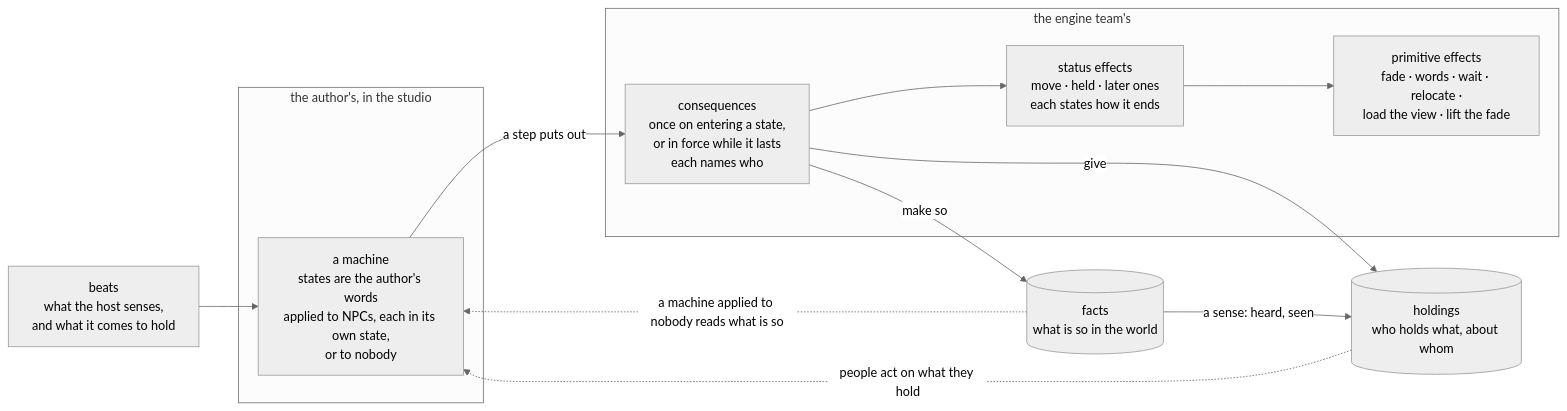
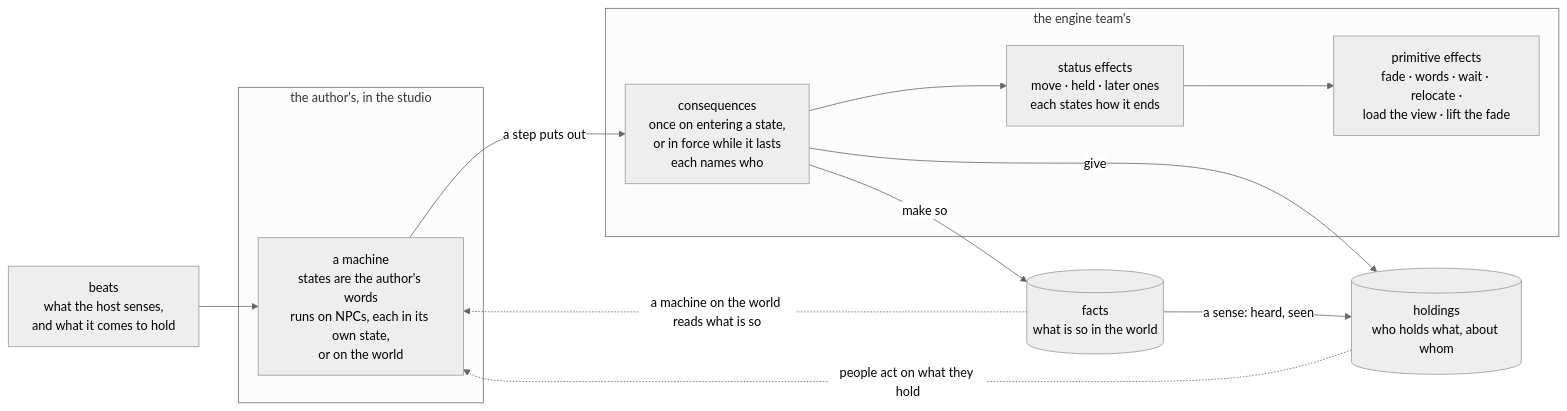
The diagram in ideas/composable-pieces/design.md (KirkDiggler/rpg-project), drawn with Mermaid (neutral theme) before and after one commit. The commit also changed other lines of this file and 1 other file, not shown here.

First line of the commit message:
ideas(composable-pieces): R17 — machines run on NPCs or on the world

````diff
--- a/ideas/composable-pieces/design.md
+++ b/ideas/composable-pieces/design.md
@@ -11,17 +11,17 @@
 ```mermaid
 flowchart LR
     Beats[beats<br/>what the host senses,<br/>and what it comes to hold] --> Machine
     subgraph author [the author's, in the studio]
-        Machine[a machine<br/>states are the author's words<br/>applied to NPCs, each in its own state,<br/>or to nobody]
+        Machine[a machine<br/>states are the author's words<br/>runs on NPCs, each in its own state,<br/>or on the world]
     end
     Machine -->|a step puts out| Cons[consequences<br/>once on entering a state,<br/>or in force while it lasts<br/>each names who]
     subgraph engine [the engine team's]
         Cons --> Status[status effects<br/>move · held · later ones<br/>each states how it ends]
         Status --> Prim[primitive effects<br/>fade · words · wait · relocate ·<br/>load the view · lift the fade]
     end
     Cons -->|make so| Facts[(facts<br/>what is so in the world)]
     Cons -->|give| Holdings[(holdings<br/>who holds what, about whom)]
     Facts -->|a sense: heard, seen| Holdings
-    Facts -.->|a machine applied to nobody reads what is so| Machine
+    Facts -.->|a machine on the world reads what is so| Machine
     Holdings -.->|people act on what they hold| Machine
 ```
````
